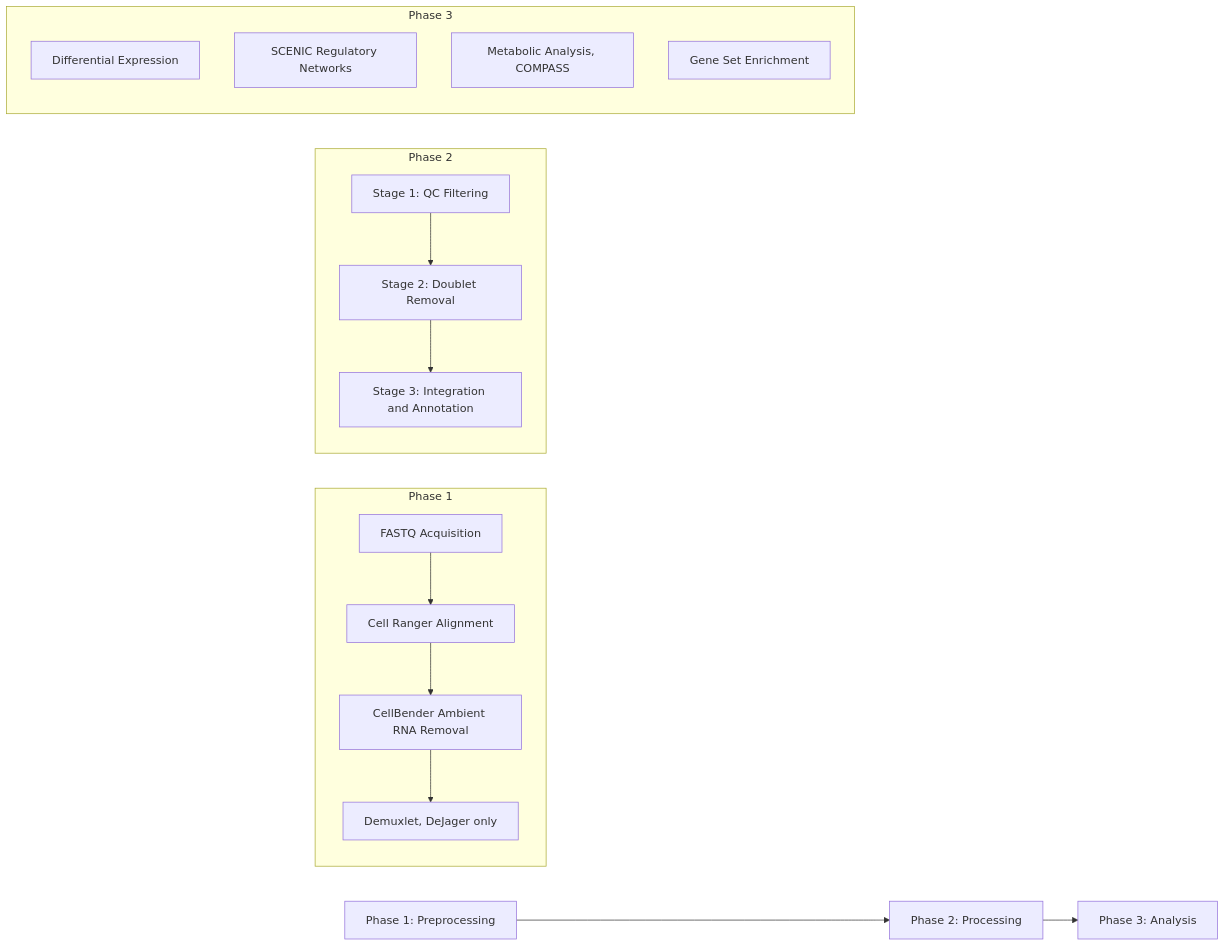
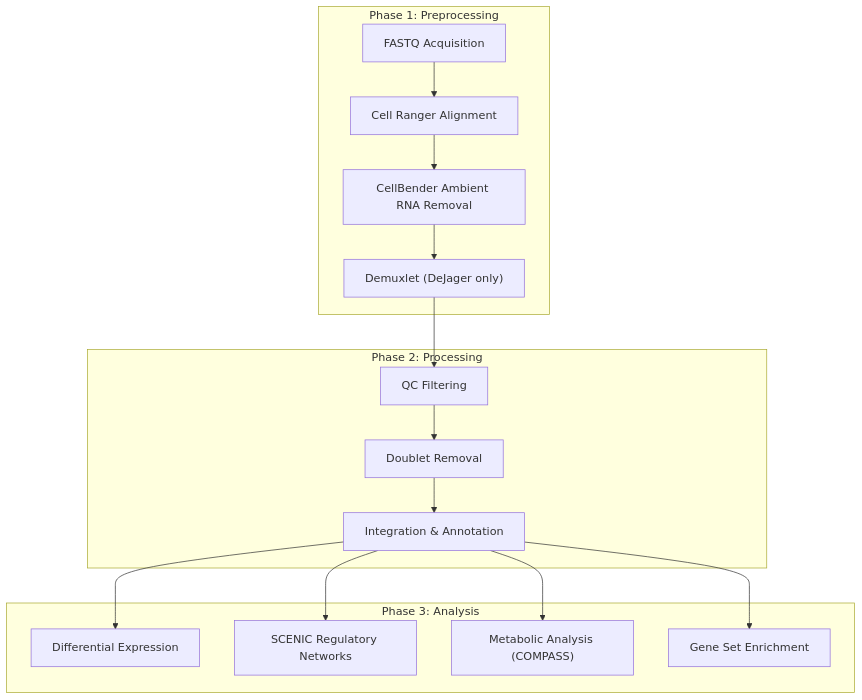
One commit to Environmental-And-Social-Epigenetics/ROSMAP-Omics_Guide changed the diagram in docs/snrnaseq/index.md. Above: the diagram before and after it, drawn with Mermaid.

Commit message:
Fix snRNA-seq pipeline mermaid diagram layout and connectivity
Replace disconnected graph LR diagram with connected graph TD flow.
Cross-subgraph edges now link phases together and analysis steps
branch from Integration & Annotation.

````diff
--- a/docs/snrnaseq/index.md
+++ b/docs/snrnaseq/index.md
@@ -9,23 +9,26 @@
 ```mermaid
-graph LR
-    A[Phase 1: Preprocessing] --> B[Phase 2: Processing]
-    B --> C[Phase 3: Analysis]
-
-    subgraph Phase 1
+graph TD
+    subgraph Phase1["Phase 1: Preprocessing"]
         A1[FASTQ Acquisition] --> A2[Cell Ranger Alignment]
         A2 --> A3[CellBender Ambient RNA Removal]
-        A3 --> A4[Demuxlet, DeJager only]
+        A3 --> A4["Demuxlet (DeJager only)"]
     end
 
-    subgraph Phase 2
-        B1[Stage 1: QC Filtering] --> B2[Stage 2: Doublet Removal]
-        B2 --> B3[Stage 3: Integration and Annotation]
+    subgraph Phase2["Phase 2: Processing"]
+        B1[QC Filtering] --> B2[Doublet Removal]
+        B2 --> B3[Integration & Annotation]
     end
 
-    subgraph Phase 3
+    subgraph Phase3["Phase 3: Analysis"]
         C1[Differential Expression]
         C2[SCENIC Regulatory Networks]
-        C3[Metabolic Analysis, COMPASS]
+        C3["Metabolic Analysis (COMPASS)"]
         C4[Gene Set Enrichment]
     end
+
+    A4 --> B1
+    B3 --> C1
+    B3 --> C2
+    B3 --> C3
+    B3 --> C4
 ```
````
